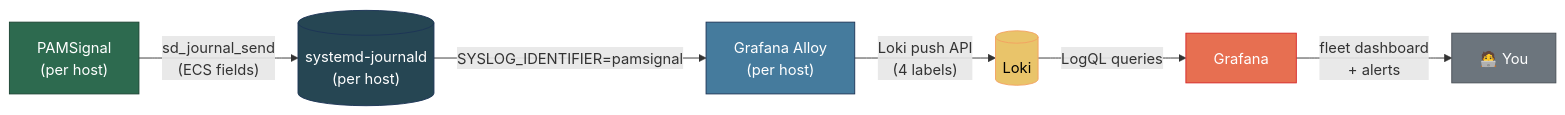
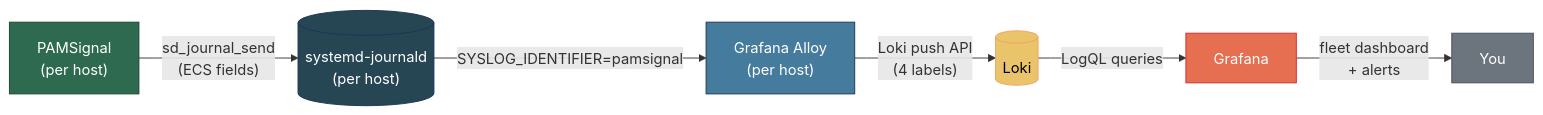
The diagram in docs/grafana-getting-started.md (anhtuank7c/pamsignal), drawn with Mermaid before and after one commit. The commit also changed other lines of this file and 137 other files, not shown here.

````diff
--- a/docs/grafana-getting-started.md
+++ b/docs/grafana-getting-started.md
@@ -36,22 +36,22 @@
 ```mermaid
 graph LR
     pamsignal["PAMSignal<br/>(per host)"]
     journald[("systemd-journald<br/>(per host)")]
     alloy["Grafana Alloy<br/>(per host)"]
     loki[("Loki")]
     grafana["Grafana"]
-    operator["🧑‍💻 You"]
+    operator["You"]
 
     pamsignal -- "sd_journal_send<br/>(ECS fields)" --> journald
     journald -- "SYSLOG_IDENTIFIER=pamsignal" --> alloy
     alloy -- "Loki push API<br/>(4 labels)" --> loki
     loki -- "LogQL queries" --> grafana
     grafana -- "fleet dashboard<br/>+ alerts" --> operator
 
     style pamsignal fill:#2d6a4f,stroke:#1b4332,color:#fff
     style journald fill:#264653,stroke:#1d3557,color:#fff
     style alloy fill:#457b9d,stroke:#1d3557,color:#fff
     style loki fill:#e9c46a,stroke:#f4a261,color:#000
     style grafana fill:#e76f51,stroke:#d62828,color:#fff
     style operator fill:#6c757d,stroke:#495057,color:#fff
 ```
````
